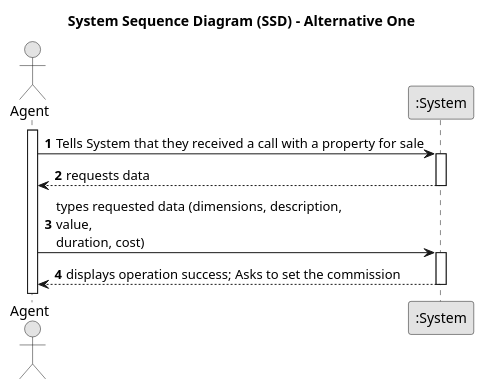
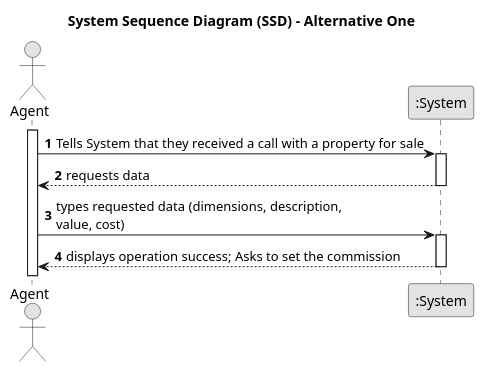
Before and after one commit to Goncalves2525/real-estate-management-system: the diagram in docs/sprintA/us002/01.requirements-engineering/puml/us002-system-sequence-diagram-alternative-one.puml, drawn with PlantUML. The commit also changed 1 other file, not shown here.

```diff
--- a/docs/sprintA/us002/01.requirements-engineering/puml/us002-system-sequence-diagram-alternative-one.puml
+++ b/docs/sprintA/us002/01.requirements-engineering/puml/us002-system-sequence-diagram-alternative-one.puml
@@ -1,27 +1,27 @@
 @startuml
 skinparam monochrome true
 skinparam packageStyle rectangle
 skinparam shadowing false
 
 title System Sequence Diagram (SSD) - Alternative One
 
 autonumber
 
 actor "Agent" as Agent
 participant ":System" as System
 
 activate Agent
 
     Agent -> System : Tells System that they received a call with a property for sale
     activate System
 
     System --> Agent : requests data
     deactivate System
 
-    Agent -> System : types requested data (dimensions, description, \nvalue,\nduration, cost)
+    Agent -> System : types requested data (dimensions, description, \nvalue, cost)
     activate System
 
     System --> Agent : displays operation success; Asks to set the commission
     deactivate System
 
 @enduml
```
